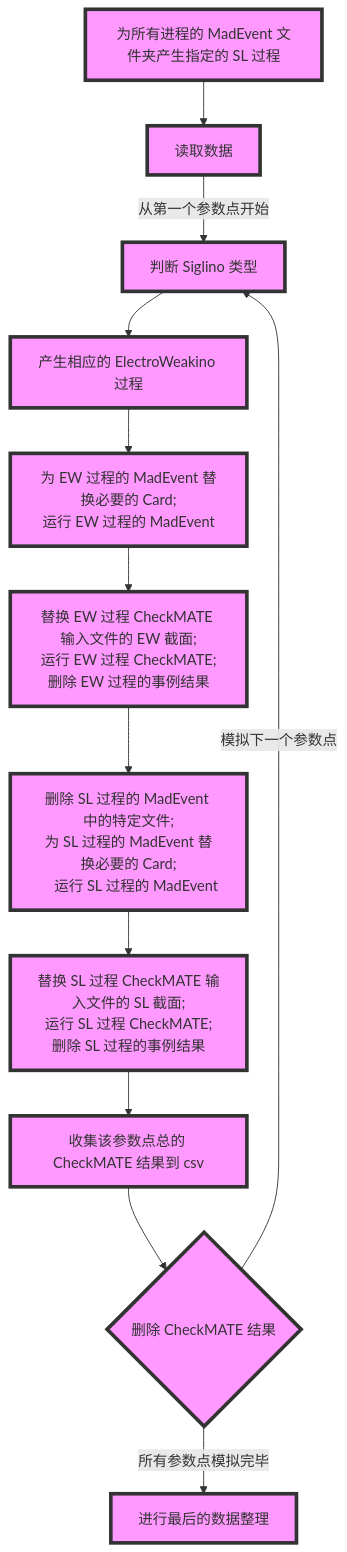
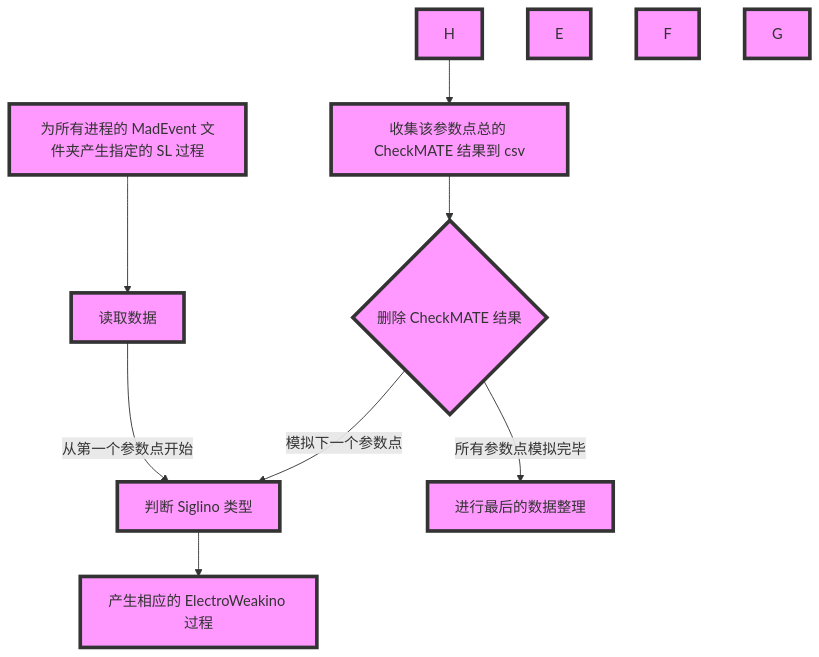
Before and after one commit to vooum/SUSYphe: the first of 10 diagrams in README.md, drawn with Mermaid.

Commit message:
测试

````diff
--- a/README.md
+++ b/README.md
@@ -60,26 +60,21 @@
 ```mermaid
 graph TB
     A[为所有进程的 MadEvent 文件夹产生指定的 SL 过程] --> B[读取数据];
     B --> |从第一个参数点开始| C[判断 Siglino 类型];
     C --> D[产生相应的 ElectroWeakino 过程];
-    D --> E[为 EW 过程的 MadEvent 替换必要的 Card;<br/>运行 EW 过程的 MadEvent];
-    E --> F[替换 EW 过程 CheckMATE 输入文件的 EW 截面;<br/>运行 EW 过程 CheckMATE;<br/>删除 EW 过程的事例结果];
-    F --> G[删除 SL 过程的 MadEvent 中的特定文件;<br/>为 SL 过程的 MadEvent 替换必要的 Card;
-    运行 SL 过程的 MadEvent];
-    G --> H[替换 SL 过程 CheckMATE 输入文件的 SL 截面;<br/>运行 SL 过程 CheckMATE;<br/>删除 SL 过程的事例结果];
     H --> I[收集该参数点总的 CheckMATE 结果到 csv];
     I --> J{删除 CheckMATE 结果};
     J --> |模拟下一个参数点|C;
     J --> |所有参数点模拟完毕|K[进行最后的数据整理];
     style A fill:#f9f,stroke:#333,stroke-width:4px;
     style B fill:#f9f,stroke:#333,stroke-width:4px;
     style C fill:#f9f,stroke:#333,stroke-width:4px;
     style D fill:#f9f,stroke:#333,stroke-width:4px;
     style E fill:#f9f,stroke:#333,stroke-width:4px;
     style F fill:#f9f,stroke:#333,stroke-width:4px;
     style G fill:#f9f,stroke:#333,stroke-width:4px;
     style H fill:#f9f,stroke:#333,stroke-width:4px;
     style I fill:#f9f,stroke:#333,stroke-width:4px;
     style J fill:#f9f,stroke:#333,stroke-width:4px;
     style K fill:#f9f,stroke:#333,stroke-width:4px;
 ```
````
